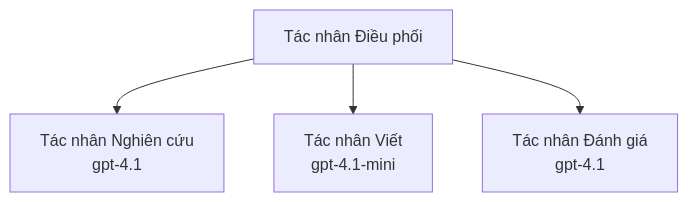
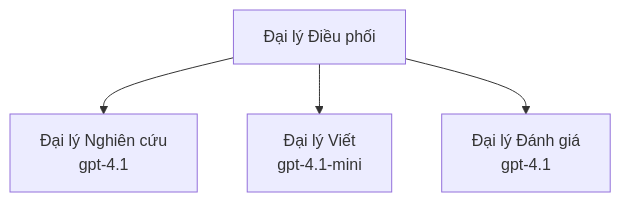
The third of 3 diagrams in translations/vi/docs/chapter-02-ai-development/agents.md (microsoft/AZD-for-beginners), drawn with Mermaid before and after one commit. The commit also changed other lines of this file and 61 other files, not shown here.

````diff
--- a/translations/vi/docs/chapter-02-ai-development/agents.md
+++ b/translations/vi/docs/chapter-02-ai-development/agents.md
@@ -201,6 +201,6 @@
 ```mermaid
 graph TD
-    Orchestrator[Tác nhân Điều phối] --> Research[Tác nhân Nghiên cứu<br/>gpt-4.1]
-    Orchestrator --> Writer[Tác nhân Viết<br/>gpt-4.1-mini]
-    Orchestrator --> Reviewer[Tác nhân Đánh giá<br/>gpt-4.1]
+    Orchestrator[Đại lý Điều phối] --> Research[Đại lý Nghiên cứu<br/>gpt-4.1]
+    Orchestrator --> Writer[Đại lý Viết<br/>gpt-4.1-mini]
+    Orchestrator --> Reviewer[Đại lý Đánh giá<br/>gpt-4.1]
 ```
````
